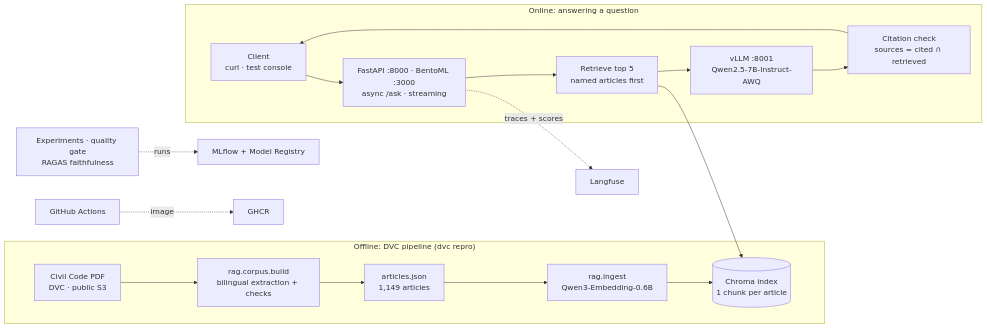
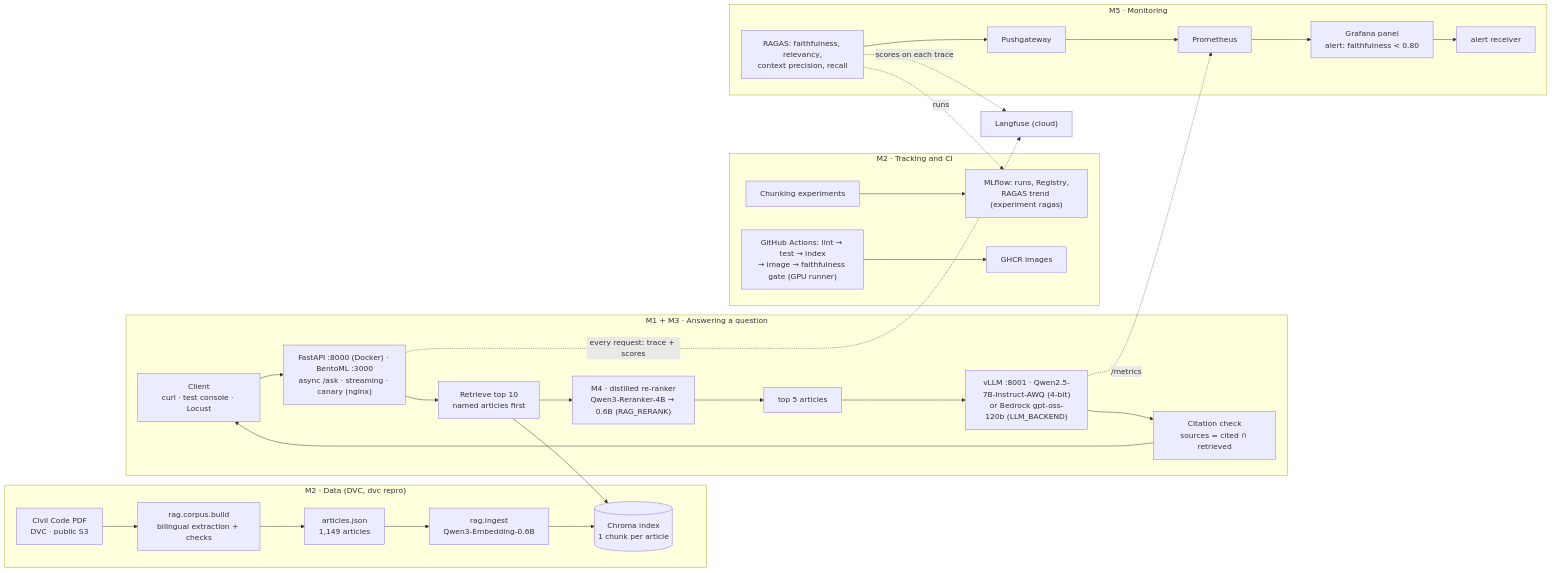
Before and after one commit to devahmedhesham-ML/egypt-law-RAG: the diagram in README.md, drawn with Mermaid. The commit also changed other lines of this file and 34 other files, not shown here.

````diff
--- a/README.md
+++ b/README.md
@@ -37,20 +40,31 @@
 ```mermaid
 flowchart LR
-  subgraph offline["Offline: DVC pipeline (dvc repro)"]
+  subgraph M2d["M2 · Data (DVC, dvc repro)"]
     PDF["Civil Code PDF<br/>DVC · public S3"] --> BUILD["rag.corpus.build<br/>bilingual extraction + checks"]
     BUILD --> JSON["articles.json<br/>1,149 articles"]
     JSON --> INGEST["rag.ingest<br/>Qwen3-Embedding-0.6B"]
     INGEST --> CHROMA[("Chroma index<br/>1 chunk per article")]
   end
-  subgraph online["Online: answering a question"]
-    USER["Client<br/>curl · test console"] --> API["FastAPI :8000 · BentoML :3000<br/>async /ask · streaming"]
-    API --> RET["Retrieve top 5<br/>named articles first"]
+  subgraph M13["M1 + M3 · Answering a question"]
+    USER["Client<br/>curl · test console · Locust"] --> API["FastAPI :8000 (Docker) · BentoML :3000<br/>async /ask · streaming · canary (nginx)"]
+    API --> RET["Retrieve top 10<br/>named articles first"]
+    RET --> RR["M4 · distilled re-ranker<br/>Qwen3-Reranker-4B → 0.6B (RAG_RERANK)"]
+    RR --> TOP5["top 5 articles"]
     RET --> CHROMA
-    RET --> LLM["vLLM :8001<br/>Qwen2.5-7B-Instruct-AWQ"]
+    TOP5 --> LLM["vLLM :8001 · Qwen2.5-7B-Instruct-AWQ (4-bit)<br/>or Bedrock gpt-oss-120b (LLM_BACKEND)"]
     LLM --> CHECK["Citation check<br/>sources = cited ∩ retrieved"]
     CHECK --> USER
   end
-  API -. "traces + scores" .-> LF["Langfuse"]
-  EVAL["Experiments · quality gate<br/>RAGAS faithfulness"] -. "runs" .-> MLF["MLflow + Model Registry"]
-  CI["GitHub Actions"] -. "image" .-> GHCR["GHCR"]
+  subgraph M2t["M2 · Tracking and CI"]
+    EXP["Chunking experiments"] --> MLF["MLflow: runs, Registry,<br/>RAGAS trend (experiment ragas)"]
+    CI["GitHub Actions: lint → test → index<br/>→ image → faithfulness gate (GPU runner)"] --> GHCR["GHCR images"]
+  end
+  subgraph M5["M5 · Monitoring"]
+    RAGAS["RAGAS: faithfulness, relevancy,<br/>context precision, recall"] --> PUSH["Pushgateway"] --> PROM["Prometheus"]
+    PROM --> GRAF["Grafana panel<br/>alert: faithfulness < 0.80"] --> ALERT["alert receiver"]
+  end
+  API -. "every request: trace + scores" .-> LF["Langfuse (cloud)"]
+  RAGAS -. "scores on each trace" .-> LF
+  RAGAS -. "runs" .-> MLF
+  LLM -. "/metrics" .-> PROM
 ```
````
